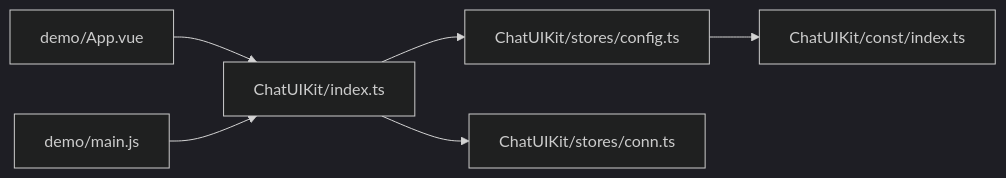
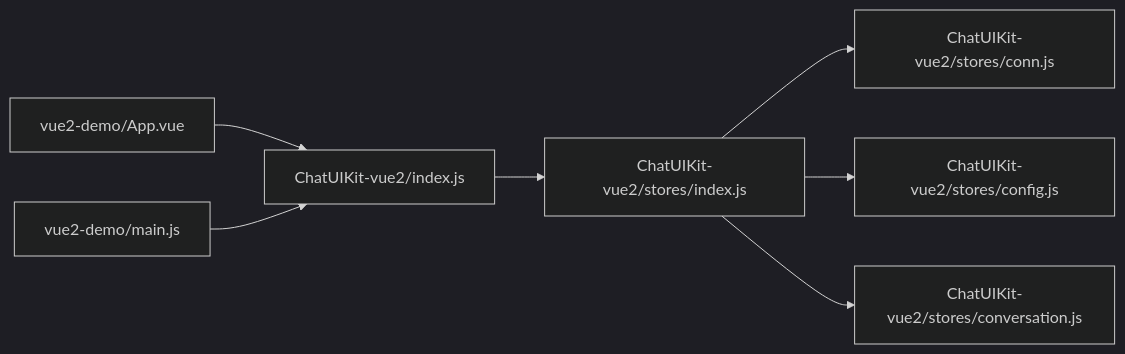
Before and after one commit to Easemob-Community/easemob-uikit-uniapp-community: the third of 3 diagrams in .qoder/repowiki/zh/content/快速开始.md, drawn with Mermaid (dark theme). The commit also changed other lines of this file and 14 other files, not shown here.

First line of the commit message:
docs(vue2): 添加平台兼容性说明，强调仅支持 H5/App/微信小程序

````diff
--- a/.qoder/repowiki/zh/content/快速开始.md
+++ b/.qoder/repowiki/zh/content/快速开始.md
@@ -221,8 +214,9 @@
 ```mermaid
 graph LR
-D_App_vue["demo/App.vue"] --> C_Index_ts["ChatUIKit/index.ts"]
-D_Main_js["demo/main.js"] --> C_Index_ts
-C_Index_ts --> S_Config_ts["ChatUIKit/stores/config.ts"]
-C_Index_ts --> S_Conn_ts["ChatUIKit/stores/conn.ts"]
-S_Config_ts --> C_Const_index_ts["ChatUIKit/const/index.ts"]
+D_App_vue["vue2-demo/App.vue"] --> C_Index_js["ChatUIKit-vue2/index.js"]
+D_Main_js["vue2-demo/main.js"] --> C_Index_js
+C_Index_js --> S_Index_js["ChatUIKit-vue2/stores/index.js"]
+S_Index_js --> S_Conn_js["ChatUIKit-vue2/stores/conn.js"]
+S_Index_js --> S_Config_js["ChatUIKit-vue2/stores/config.js"]
+S_Index_js --> S_Conversation_js["ChatUIKit-vue2/stores/conversation.js"]
 ```
````
